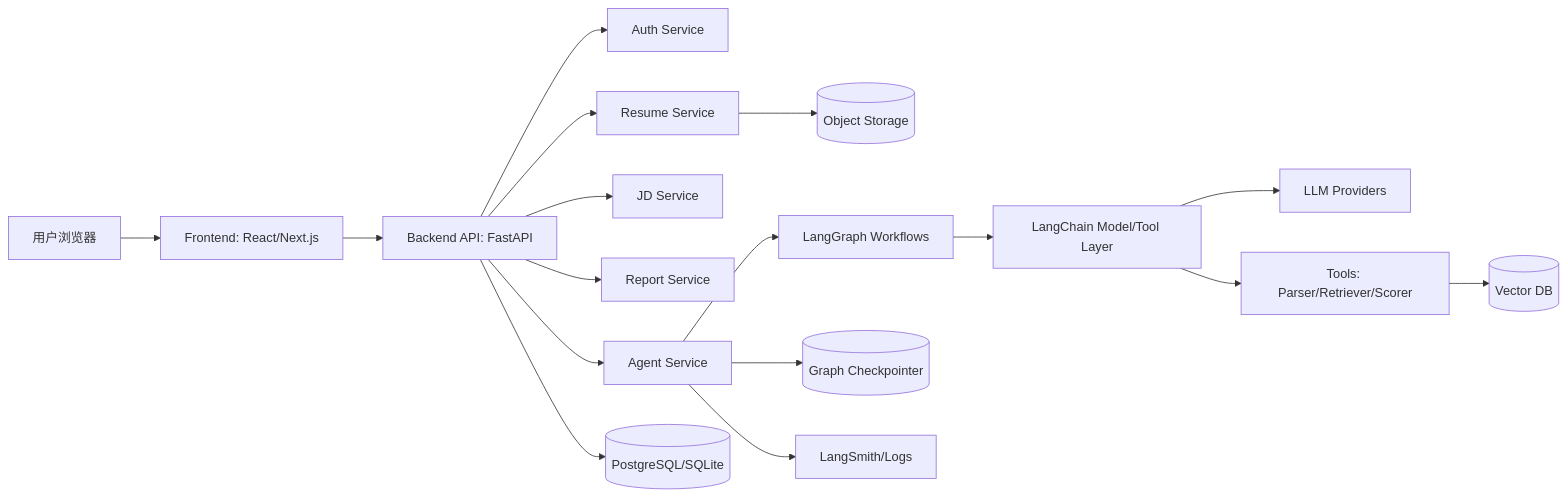
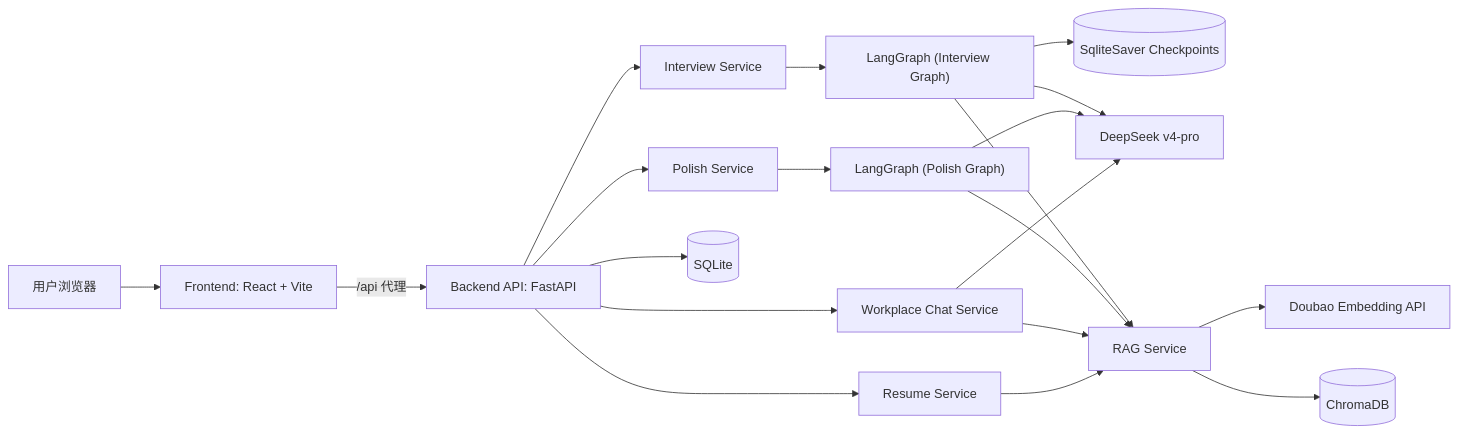
The first of 6 diagrams in docs/05_architecture.md (B20031620/careerpilot-resume-agent), drawn with Mermaid before and after one commit. The commit also changed other lines of this file and 45 other files, not shown here.

````diff
--- a/docs/05_architecture.md
+++ b/docs/05_architecture.md
@@ -51,22 +131,28 @@
 ```mermaid
 flowchart LR
-    U["用户浏览器"] --> FE["Frontend: React/Next.js"]
-    FE --> API["Backend API: FastAPI"]
+    U["用户浏览器"] --> FE["Frontend: React + Vite"]
+    FE -->|"/api 代理"| API["Backend API: FastAPI"]
 
-    API --> AUTH["Auth Service"]
     API --> RESUME["Resume Service"]
-    API --> JD["JD Service"]
-    API --> REPORT["Report Service"]
-    API --> AGENT["Agent Service"]
+    API --> INTERVIEW["Interview Service"]
+    API --> POLISH["Polish Service"]
+    API --> CHAT["Workplace Chat Service"]
 
-    AGENT --> LG["LangGraph Workflows"]
-    LG --> LC["LangChain Model/Tool Layer"]
-    LC --> LLM["LLM Providers"]
-    LC --> TOOLS["Tools: Parser/Retriever/Scorer"]
+    INTERVIEW --> GRAPH["LangGraph (Interview Graph)"]
+    POLISH --> PGRAPH["LangGraph (Polish Graph)"]
 
-    API --> DB[("PostgreSQL/SQLite")]
-    AGENT --> CKPT[("Graph Checkpointer")]
-    TOOLS --> VDB[("Vector DB")]
-    RESUME --> OBJ[("Object Storage")]
-    AGENT --> OBS["LangSmith/Logs"]
+    GRAPH --> CHECKPOINT[("SqliteSaver Checkpoints")]
+    GRAPH --> LLM["DeepSeek v4-pro"]
+    PGRAPH --> LLM
+    CHAT --> LLM
+
+    GRAPH --> RAG["RAG Service"]
+    PGRAPH --> RAG
+    CHAT --> RAG
+    RESUME --> RAG
+
+    RAG --> EMBED["Doubao Embedding API"]
+    RAG --> VDB[("ChromaDB")]
+
+    API --> DB[("SQLite")]
 ```
````
